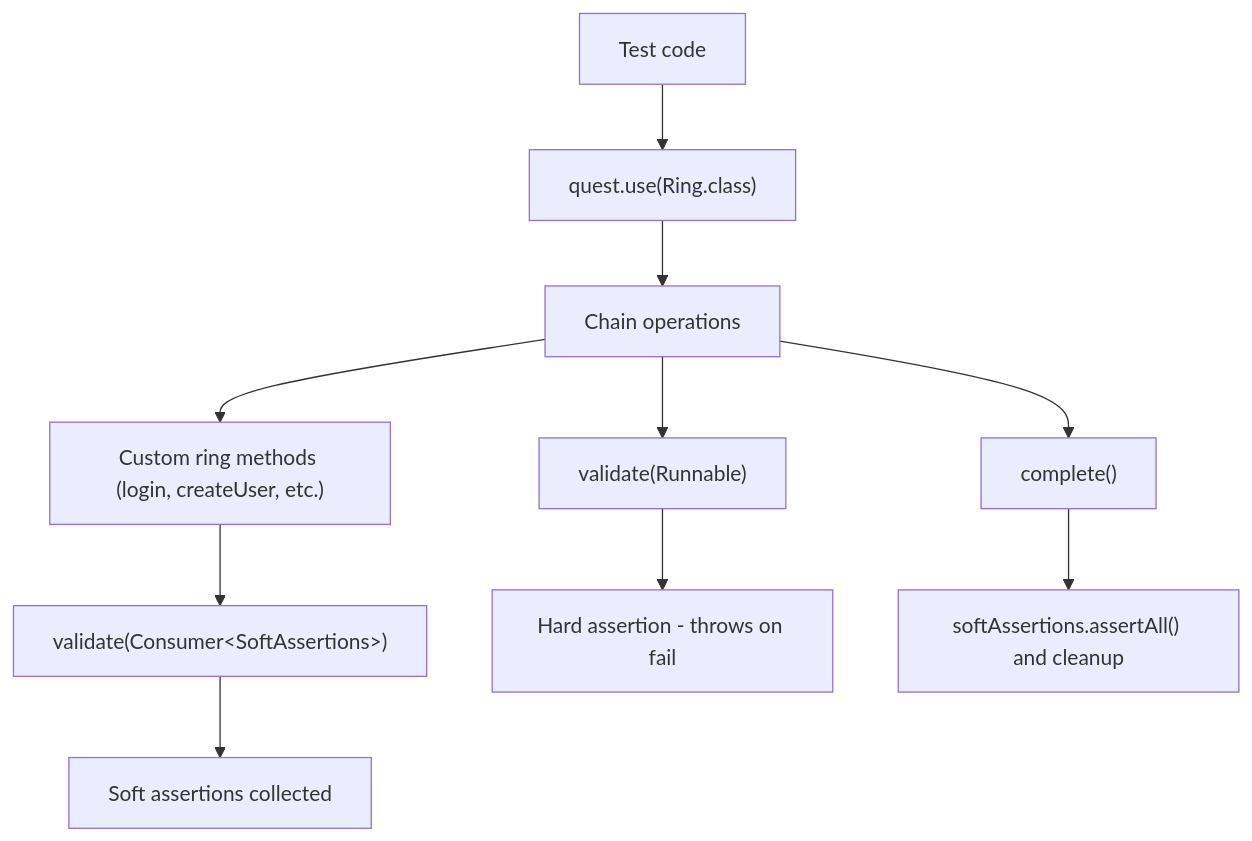
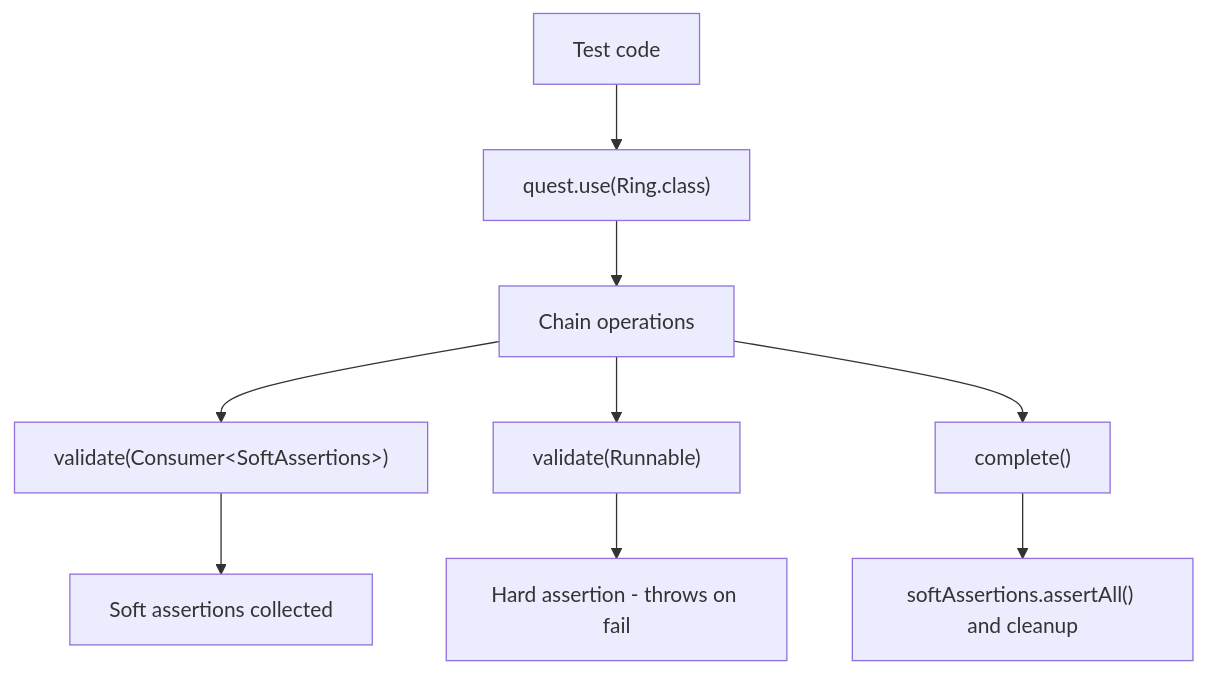
One commit to CyborgCodeSyndicate/roa-libraries changed the fourth of 9 diagrams in test-framework/README.md. Above: the diagram before and after it, drawn with Mermaid. The commit also changed other lines of this file and 253 other files, not shown here.

````diff
--- a/test-framework/README.md
+++ b/test-framework/README.md
@@ -320,12 +234,11 @@
 ```mermaid
 graph TB
     A["Test code"] --> B["quest.use(Ring.class)"]
     B --> C["Chain operations"]
-    C --> C1["Custom ring methods (login, createUser, etc.)"]
-    C1 --> D["validate(Consumer&lt;SoftAssertions&gt;)"]
+    C --> D["validate(Consumer&lt;SoftAssertions&gt;)"]
     D --> E["Soft assertions collected"]
     C --> F["validate(Runnable)"]
     F --> G["Hard assertion - throws on fail"]
     C --> H["complete()"]
     H --> I["softAssertions.assertAll() and cleanup"]
 ```
````
